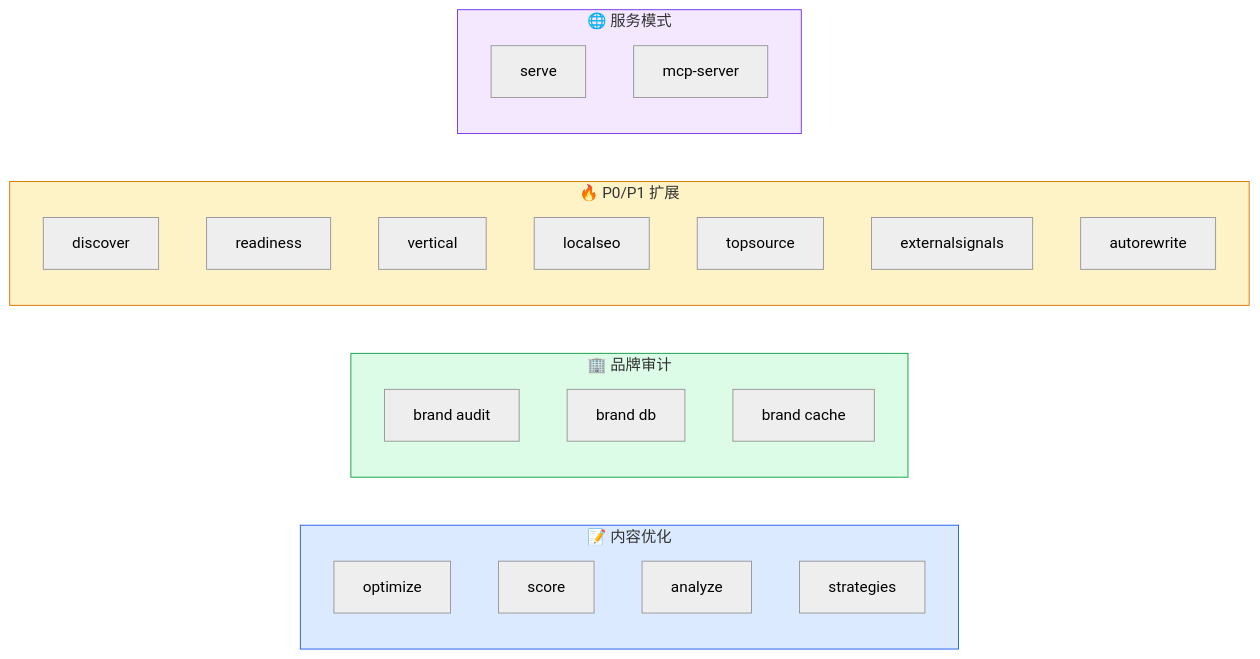
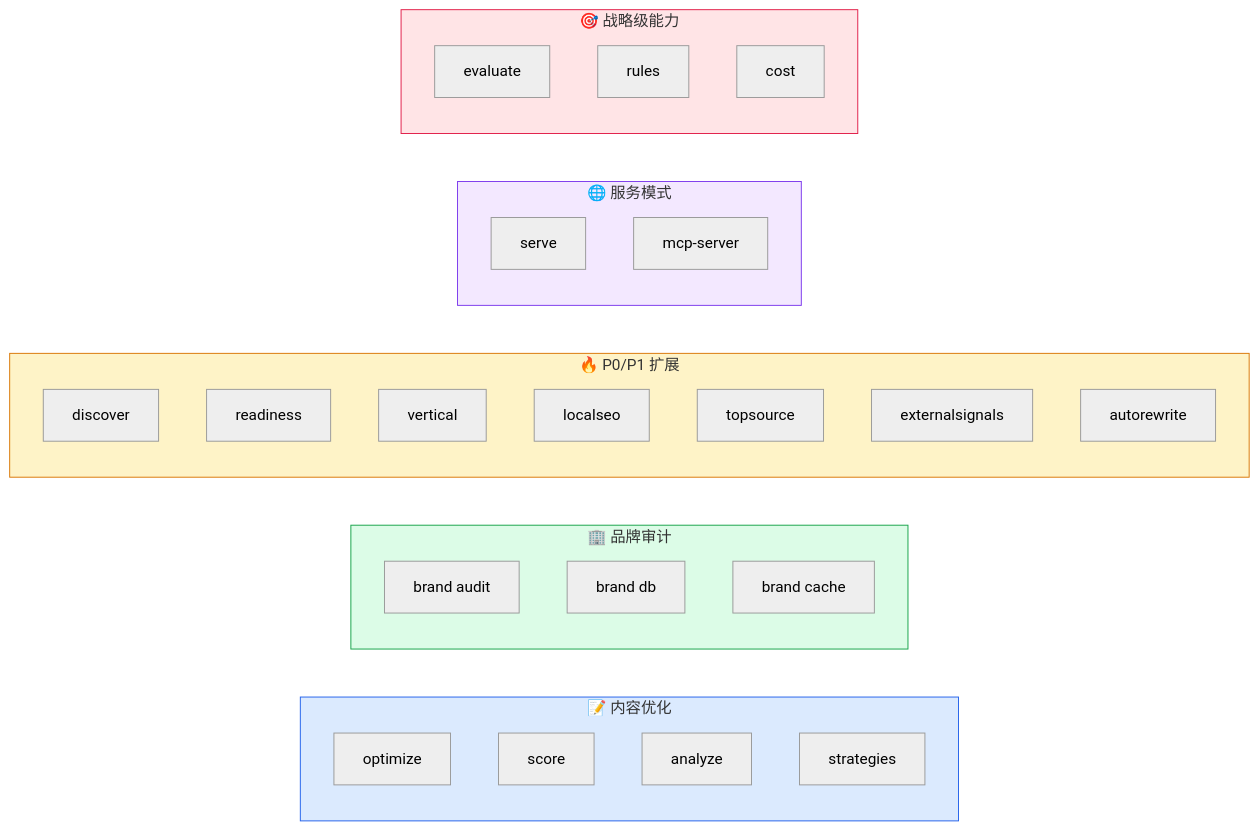
Before and after one commit to deep2code/geo: the eighth of 14 diagrams in README.md, drawn with Mermaid (neutral theme). The commit also changed other lines of this file and 19 other files, not shown here.

````diff
--- a/README.md
+++ b/README.md
@@ -282,35 +282,42 @@
 ```mermaid
 graph LR
     subgraph 内容["📝 内容优化"]
         O["optimize"]
         S["score"]
         A["analyze"]
         ST["strategies"]
     end
 
     subgraph 品牌["🏢 品牌审计"]
         BA["brand audit"]
         BDB["brand db"]
         BCA["brand cache"]
     end
 
     subgraph P0P1["🔥 P0/P1 扩展"]
         D["discover"]
         RD["readiness"]
         VS["vertical"]
         LS["localseo"]
         TS["topsource"]
         ES["externalsignals"]
         AR["autorewrite"]
     end
 
     subgraph 服务["🌐 服务模式"]
         SE["serve"]
         MCP["mcp-server"]
     end
 
+    subgraph 战略["🎯 战略级能力"]
+        EV["evaluate"]
+        RU["rules"]
+        CO["cost"]
+    end
+
     style 内容 fill:#dbeafe,stroke:#2563eb
     style 品牌 fill:#dcfce7,stroke:#16a34a
     style P0P1 fill:#fef3c7,stroke:#d97706
     style 服务 fill:#f3e8ff,stroke:#7c3aed
+    style 战略 fill:#ffe4e6,stroke:#e11d48
 ```
````
